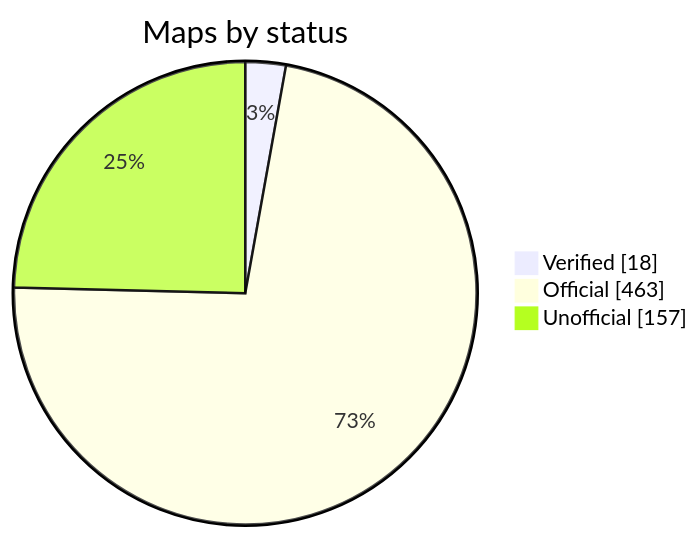
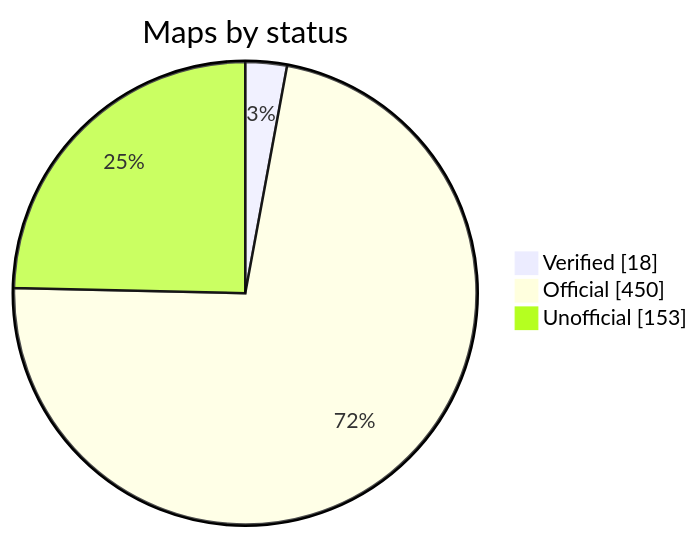
One commit to nobrega8/mbmap-library changed the diagram in README.md. Above: the diagram before and after it, drawn with Mermaid. The commit also changed 47 other files, not shown here.

````diff
--- a/README.md
+++ b/README.md
@@ -52,7 +52,7 @@
 ```mermaid
 pie showData
     title Maps by status
     "Verified" : 18
-    "Official" : 463
-    "Unofficial" : 157
+    "Official" : 450
+    "Unofficial" : 153
 ```
````
